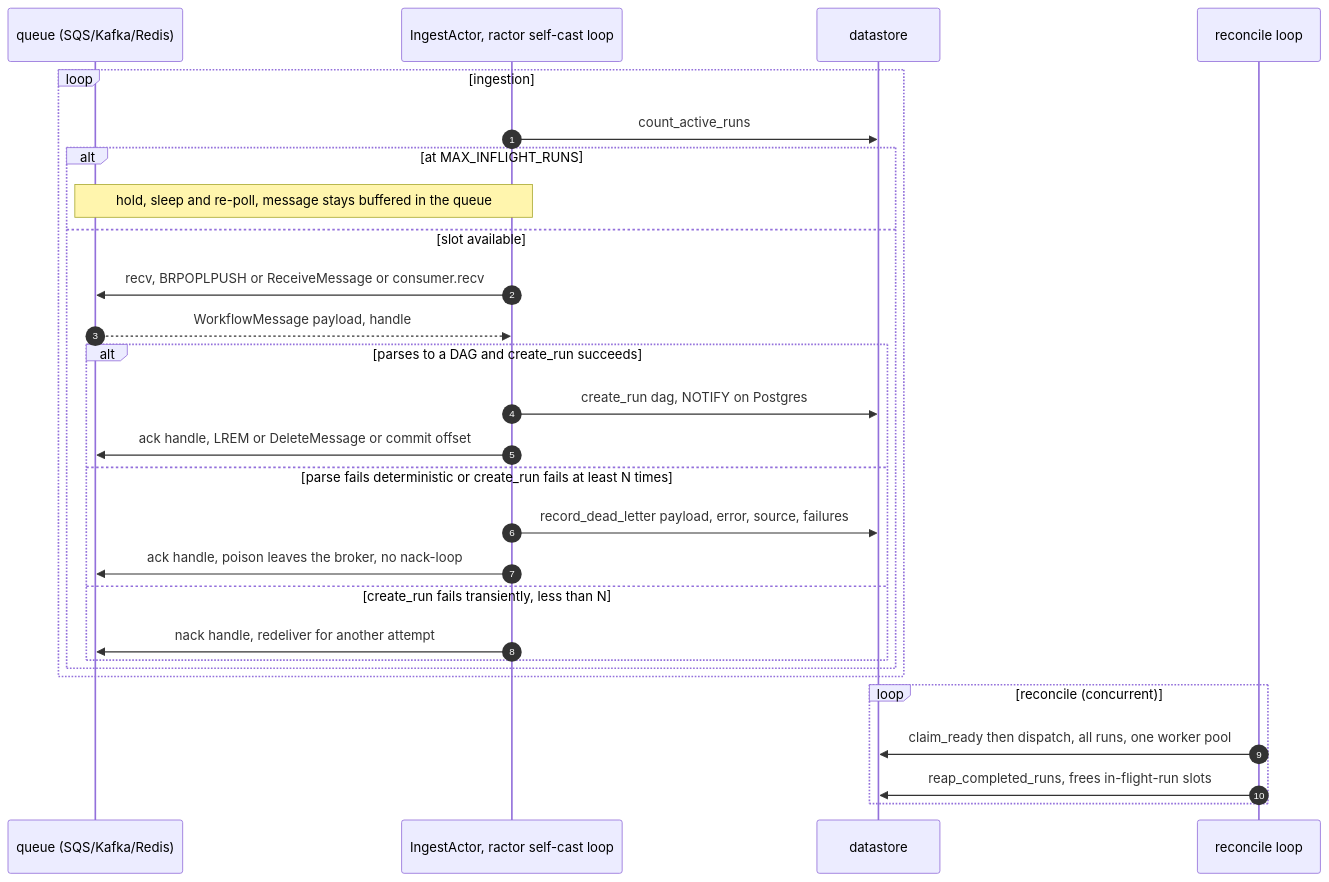
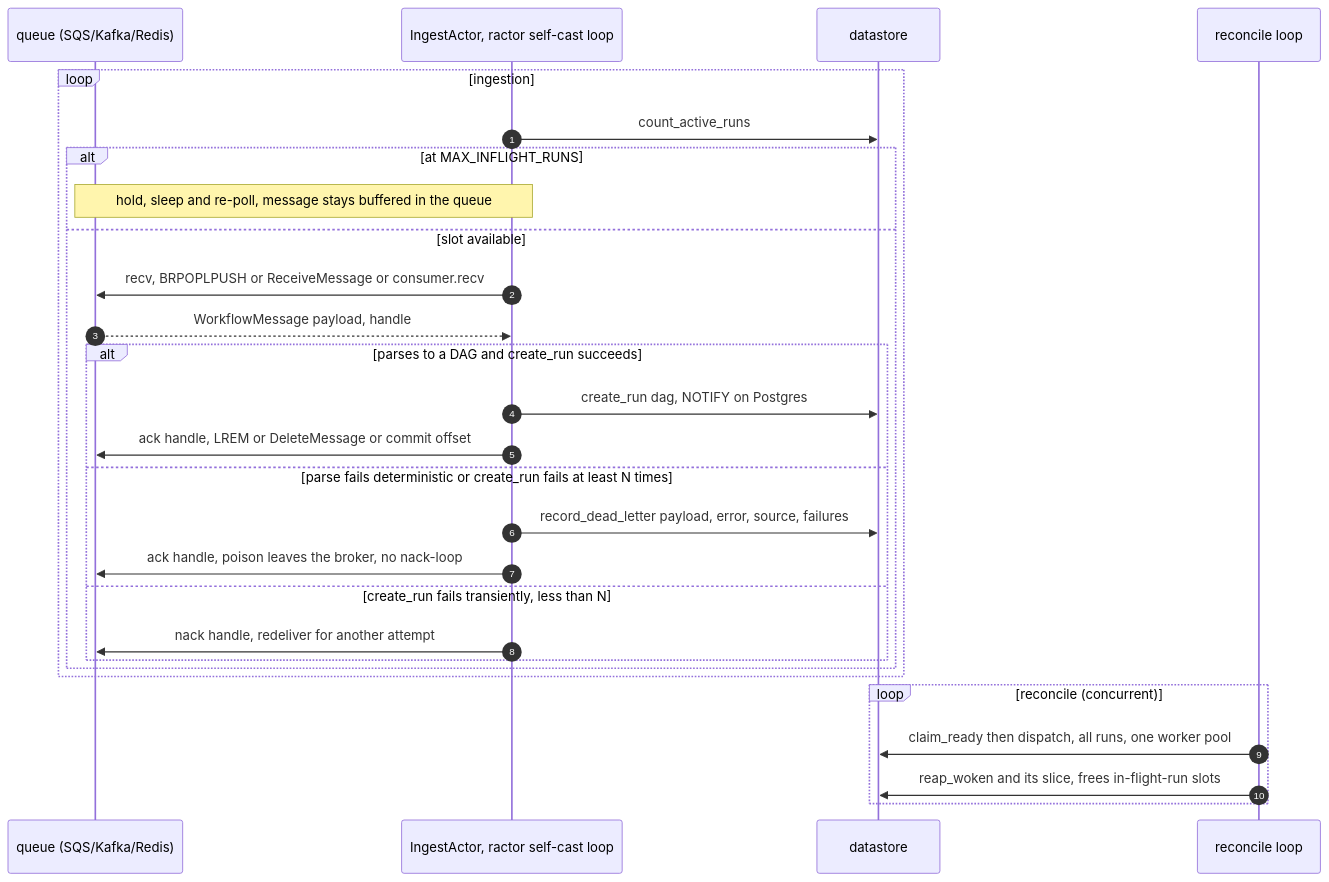
Before and after one commit to lucheeseng827/dagron: diagram 11 of 14 in docs/ARCHITECTURE.md, drawn with Mermaid. The commit also changed other lines of this file and 1093 other files, not shown here.

````diff
--- a/docs/ARCHITECTURE.md
+++ b/docs/ARCHITECTURE.md
@@ -477,31 +516,31 @@
 ```mermaid
 sequenceDiagram
     autonumber
     participant Q as queue (SQS/Kafka/Redis)
     participant Ig as IngestActor, ractor self-cast loop
     participant DB as datastore
     participant Lp as reconcile loop
 
     loop ingestion
         Ig->>DB: count_active_runs
         alt at MAX_INFLIGHT_RUNS
             Note over Ig,Q: hold, sleep and re-poll, message stays buffered in the queue
         else slot available
             Ig->>Q: recv, BRPOPLPUSH or ReceiveMessage or consumer.recv
             Q-->>Ig: WorkflowMessage payload, handle
             alt parses to a DAG and create_run succeeds
                 Ig->>DB: create_run dag, NOTIFY on Postgres
                 Ig->>Q: ack handle, LREM or DeleteMessage or commit offset
             else parse fails deterministic or create_run fails at least N times
                 Ig->>DB: record_dead_letter payload, error, source, failures
                 Ig->>Q: ack handle, poison leaves the broker, no nack-loop
             else create_run fails transiently, less than N
                 Ig->>Q: nack handle, redeliver for another attempt
             end
         end
     end
     loop reconcile (concurrent)
         Lp->>DB: claim_ready then dispatch, all runs, one worker pool
-        Lp->>DB: reap_completed_runs, frees in-flight-run slots
+        Lp->>DB: reap_woken and its slice, frees in-flight-run slots
     end
 ```
````
